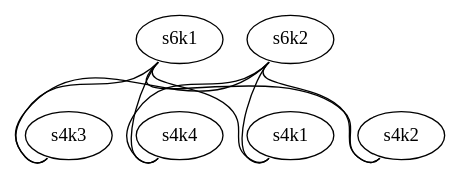
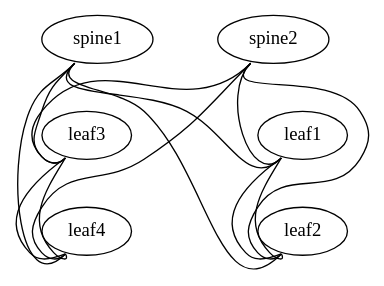
The diagram in roles/spine/files/topology.dot (cnidus/MLAG_demo), drawn with Graphviz before and after one commit. The commit also changed 7 other files, not shown here.

```diff
--- a/roles/spine/files/topology.dot
+++ b/roles/spine/files/topology.dot
@@ -1,11 +1,15 @@
 graph G {
   hostnametype="hostname"
-  "s6k1":"swp8" -- "s4k1":"swp49"
-  "s6k1":"swp12" -- "s4k2":"swp49"
-  "s6k1":"swp16" -- "s4k3":"swp49"
-  "s6k1":"swp20" -- "s4k4":"swp49"
-  "s6k2":"swp8" -- "s4k1":"swp50"
-  "s6k2":"swp12" -- "s4k2":"swp50"
-  "s6k2":"swp16" -- "s4k3":"swp50"
-  "s6k2":"swp20" -- "s4k4":"swp50"
+  "spine1":"swp1" -- "leaf1":"swp49"
+  "spine1":"swp2" -- "leaf2":"swp49"
+  "spine1":"swp27" -- "leaf3":"swp49"
+  "spine1":"swp28" -- "leaf4":"swp49"
+  "spine2":"swp1" -- "leaf1":"swp50"
+  "spine2":"swp2" -- "leaf2":"swp50"
+  "spine2":"swp27" -- "leaf3":"swp50"
+  "spine2":"swp28" -- "leaf4":"swp50"
+  "leaf1":"swp51" -- "leaf2":"swp51"
+  "leaf1":"swp52" -- "leaf2":"swp52"
+  "leaf3":"swp51" -- "leaf4":"swp51"
+  "leaf3":"swp52" -- "leaf4":"swp52"
 }
```
